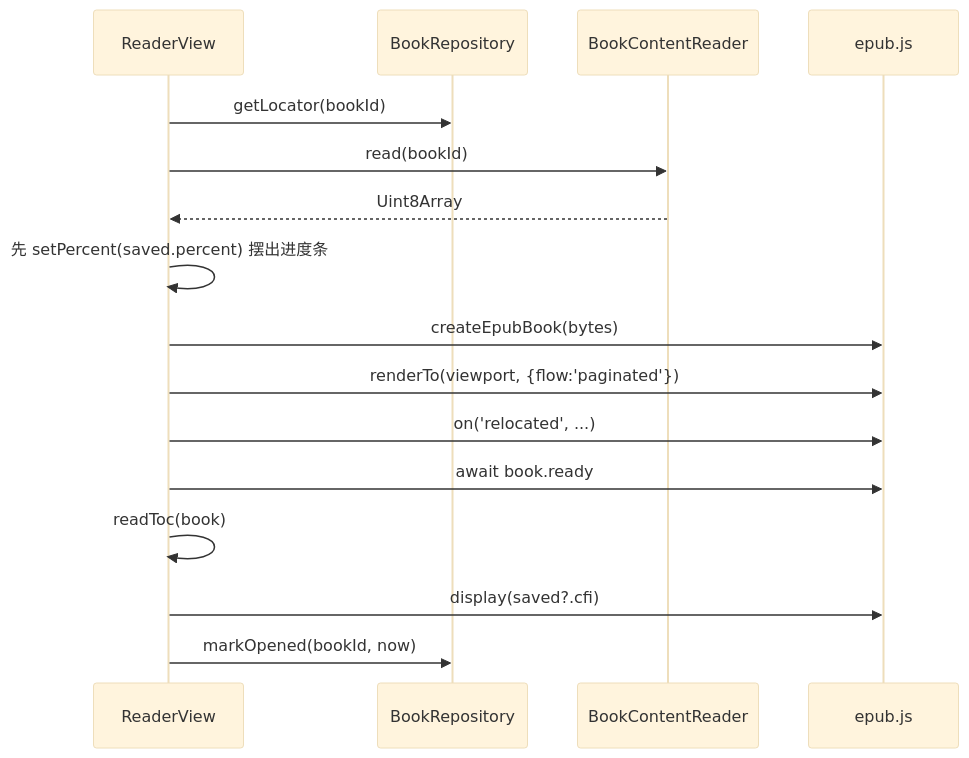
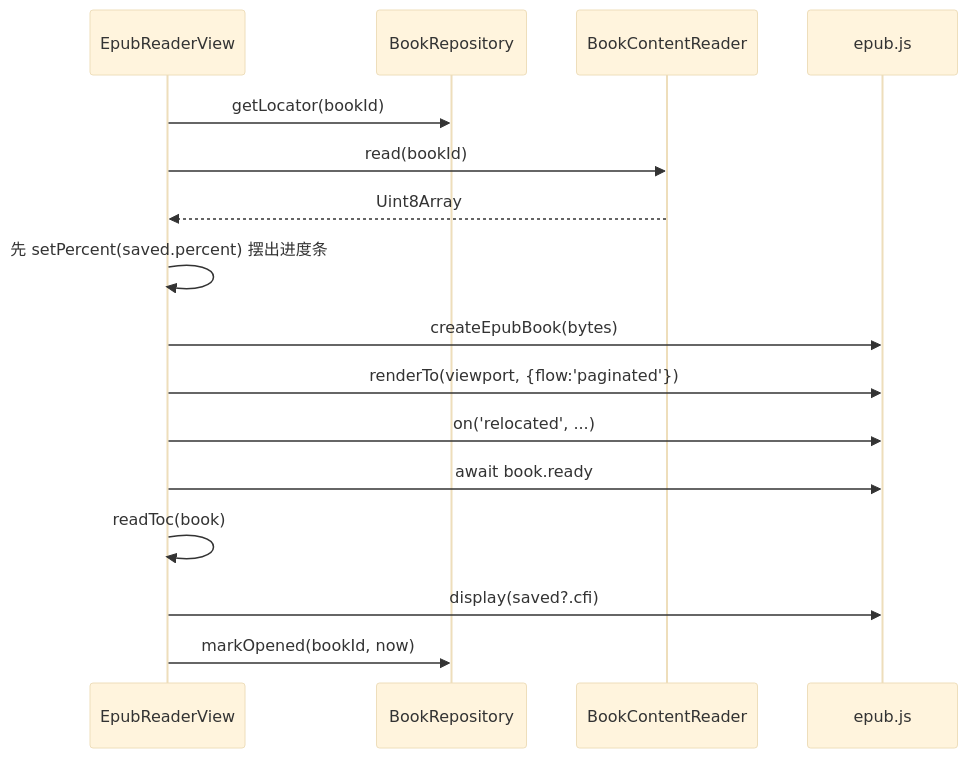
One commit to Lor123r/-ai changed the fourth of 8 diagrams in README.md. Above: the diagram before and after it, drawn with Mermaid (base theme). The commit also changed other lines of this file and 20 other files, not shown here.

````diff
--- a/README.md
+++ b/README.md
@@ -350,19 +354,19 @@
 ```mermaid
 sequenceDiagram
-    participant R as ReaderView
+    participant R as EpubReaderView
     participant Repo as BookRepository
     participant CR as BookContentReader
     participant E as epub.js
 
     R->>Repo: getLocator(bookId)
     R->>CR: read(bookId)
     CR-->>R: Uint8Array
     R->>R: 先 setPercent(saved.percent) 摆出进度条
     R->>E: createEpubBook(bytes)
     R->>E: renderTo(viewport, {flow:'paginated'})
     R->>E: on('relocated', ...)
     R->>E: await book.ready
     R->>R: readToc(book)
     R->>E: display(saved?.cfi)
     R->>Repo: markOpened(bookId, now)
 ```
````
